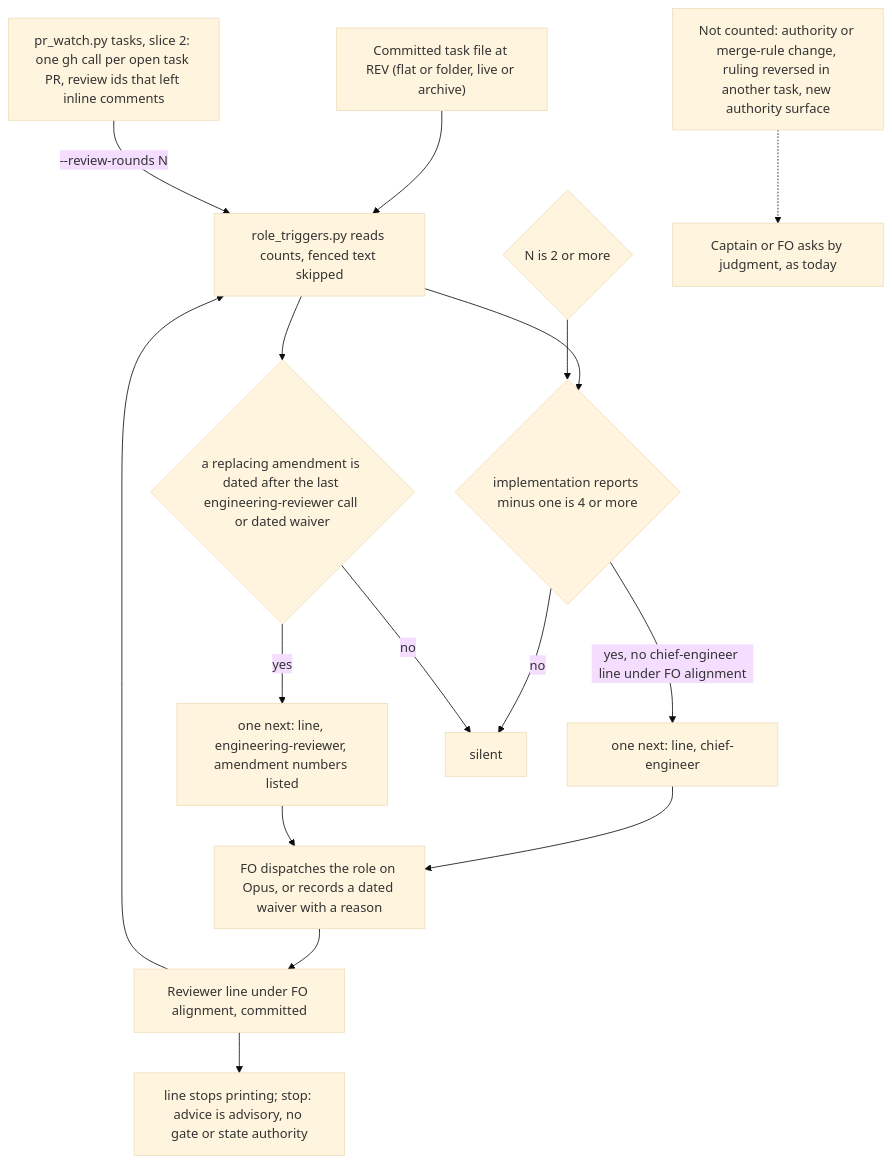
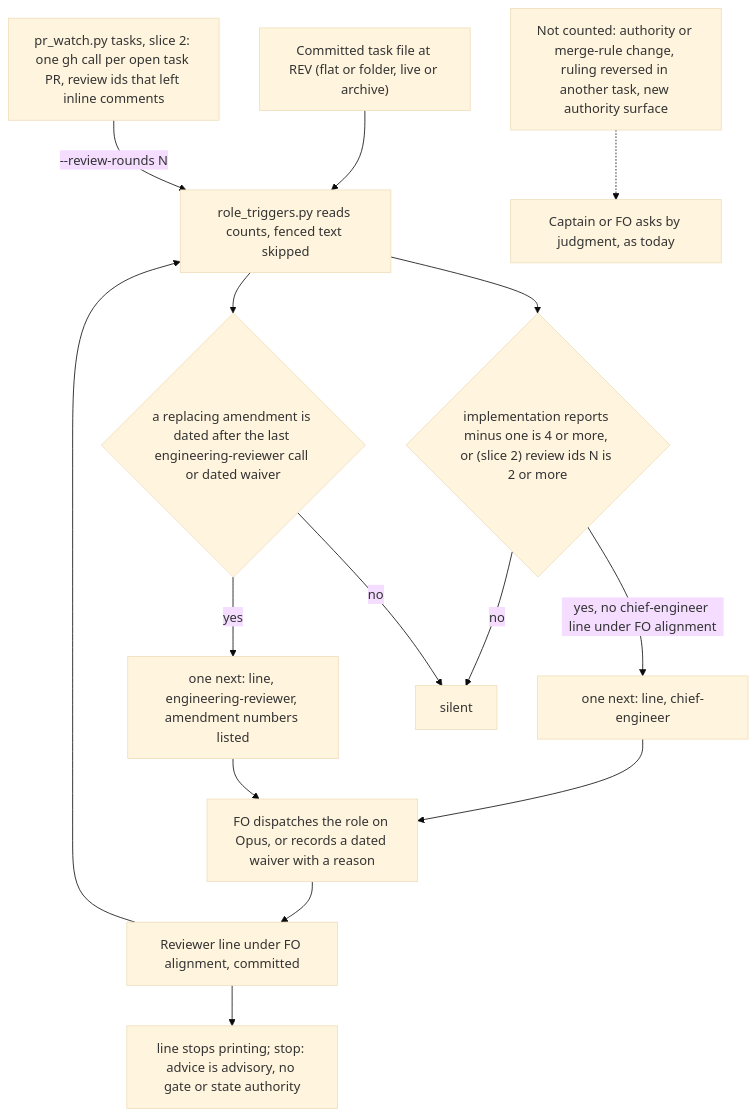
One commit to iamcxa/kc-claude-plugins changed the diagram in special-role-calls-fire-when-needed.md. Above: the diagram before and after it, drawn with Mermaid (base theme). The commit also changed other lines of this file, not shown here.

Commit message:
ideation: fix the design flow diagram branch and name two costs

````diff
--- a/special-role-calls-fire-when-needed.md
+++ b/special-role-calls-fire-when-needed.md
@@ -70,18 +70,17 @@
 ```mermaid
 flowchart TD
     T["Committed task file at REV (flat or folder, live or archive)"] --> R["role_triggers.py reads counts, fenced text skipped"]
-    R --> C{"implementation reports minus one is 4 or more"}
+    R --> C{"implementation reports minus one is 4 or more, or (slice 2) review ids N is 2 or more"}
     R --> E{"a replacing amendment is dated after the last engineering-reviewer call or dated waiver"}
     W["pr_watch.py tasks, slice 2: one gh call per open task PR, review ids that left inline comments"] -- "--review-rounds N" --> R
-    W2{"N is 2 or more"} --> C
     C -- "yes, no chief-engineer line under FO alignment" --> L1["one next: line, chief-engineer"]
     E -- "yes" --> L2["one next: line, engineering-reviewer, amendment numbers listed"]
     C -- "no" --> S["silent"]
     E -- "no" --> S
     L1 --> FO["FO dispatches the role on Opus, or records a dated waiver with a reason"]
     L2 --> FO
     FO --> REC["Reviewer line under FO alignment, committed"]
     REC --> R
     REC --> GONE["line stops printing; stop: advice is advisory, no gate or state authority"]
     NC["Not counted: authority or merge-rule change, ruling reversed in another task, new authority surface"] -.-> J["Captain or FO asks by judgment, as today"]
 ```
````
